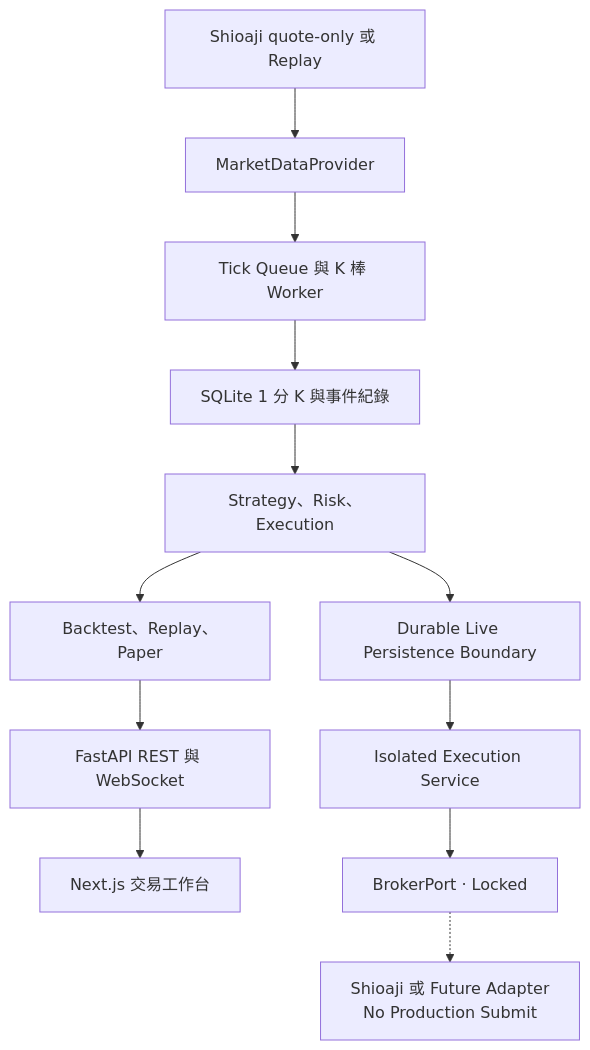
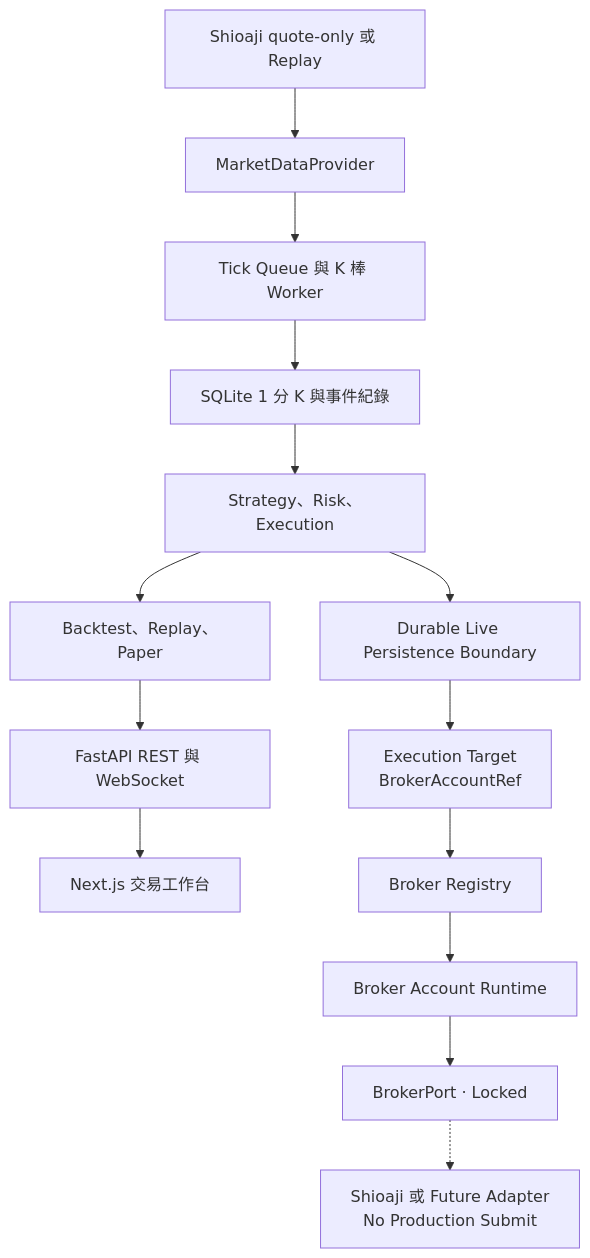
The first of 3 diagrams in README.md (3pwei/codex-tw-quant-trading-system), drawn with Mermaid before and after one commit. The commit also changed other lines of this file and 29 other files, not shown here.

First line of the commit message:
feat: add durable multi-broker execution routing foundation (#108)

````diff
--- a/README.md
+++ b/README.md
@@ -30,14 +30,16 @@
 ```mermaid
 flowchart TD
     A["Shioaji quote-only 或 Replay"] --> B["MarketDataProvider"]
     B --> C["Tick Queue 與 K 棒 Worker"]
     C --> D["SQLite 1 分 K 與事件紀錄"]
     D --> E["Strategy、Risk、Execution"]
     E --> F["Backtest、Replay、Paper"]
     F --> G["FastAPI REST 與 WebSocket"]
     G --> H["Next.js 交易工作台"]
     E --> I["Durable Live Persistence Boundary"]
-    I --> J["Isolated Execution Service"]
-    J --> K["BrokerPort · Locked"]
-    K -.-> L["Shioaji 或 Future Adapter<br/>No Production Submit"]
+    I --> J["Execution Target<br/>BrokerAccountRef"]
+    J --> K["Broker Registry"]
+    K --> L["Broker Account Runtime"]
+    L --> M["BrokerPort · Locked"]
+    M -.-> N["Shioaji 或 Future Adapter<br/>No Production Submit"]
 ```
````
